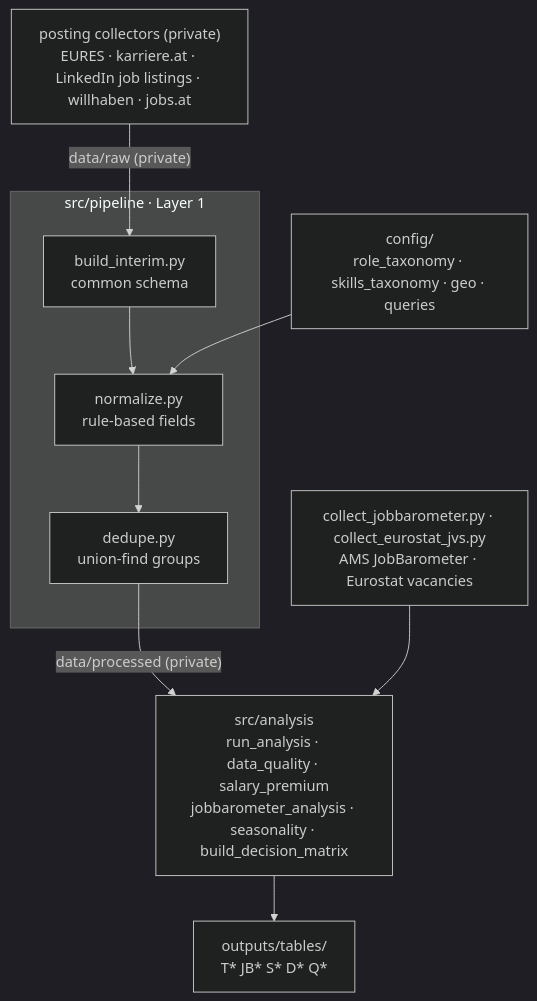
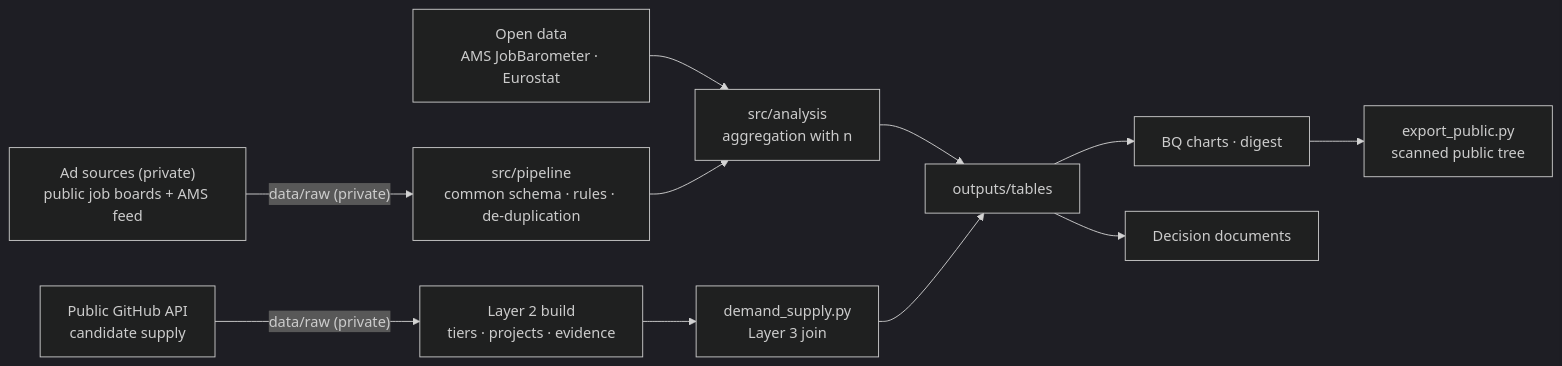
The diagram in README.md (RafaelBraga-Kribitz/austria-data-job-market-intelligence), drawn with Mermaid (dark theme) before and after one commit. The commit also changed other lines of this file and 367 other files, not shown here.

````diff
--- a/README.md
+++ b/README.md
@@ -163,16 +97,13 @@
 ```mermaid
-flowchart TD
-  A1["posting collectors (private)<br/>EURES · karriere.at · LinkedIn job listings · willhaben · jobs.at"]
-  A2["collect_jobbarometer.py · collect_eurostat_jvs.py<br/>AMS JobBarometer · Eurostat vacancies"]
-  C["config/<br/>role_taxonomy · skills_taxonomy · geo · queries"]
-  subgraph pipe["src/pipeline · Layer 1"]
-    P1["build_interim.py<br/>common schema"] --> P2["normalize.py<br/>rule-based fields"] --> P3["dedupe.py<br/>union-find groups"]
-  end
-  N1["src/analysis<br/>run_analysis · data_quality · salary_premium<br/>jobbarometer_analysis · seasonality · build_decision_matrix"]
-  O1["outputs/tables/<br/>T* JB* S* D* Q*"]
-  A1 -->|"data/raw (private)"| P1
-  C --> P2
-  P3 -->|"data/processed (private)"| N1
-  A2 --> N1
-  N1 --> O1
+flowchart LR
+  A["Ad sources (private)<br/>public job boards + AMS feed"] -->|"data/raw (private)"| P["src/pipeline<br/>common schema · rules · de-duplication"]
+  O["Open data<br/>AMS JobBarometer · Eurostat"] --> N
+  G["Public GitHub API<br/>candidate supply"] -->|"data/raw (private)"| S["Layer 2 build<br/>tiers · projects · evidence"]
+  P --> N["src/analysis<br/>aggregation with n"]
+  S --> J["demand_supply.py<br/>Layer 3 join"]
+  N --> T["outputs/tables"]
+  J --> T
+  T --> V["BQ charts · digest"]
+  T --> D["Decision documents"]
+  V --> X["export_public.py<br/>scanned public tree"]
 ```
````
